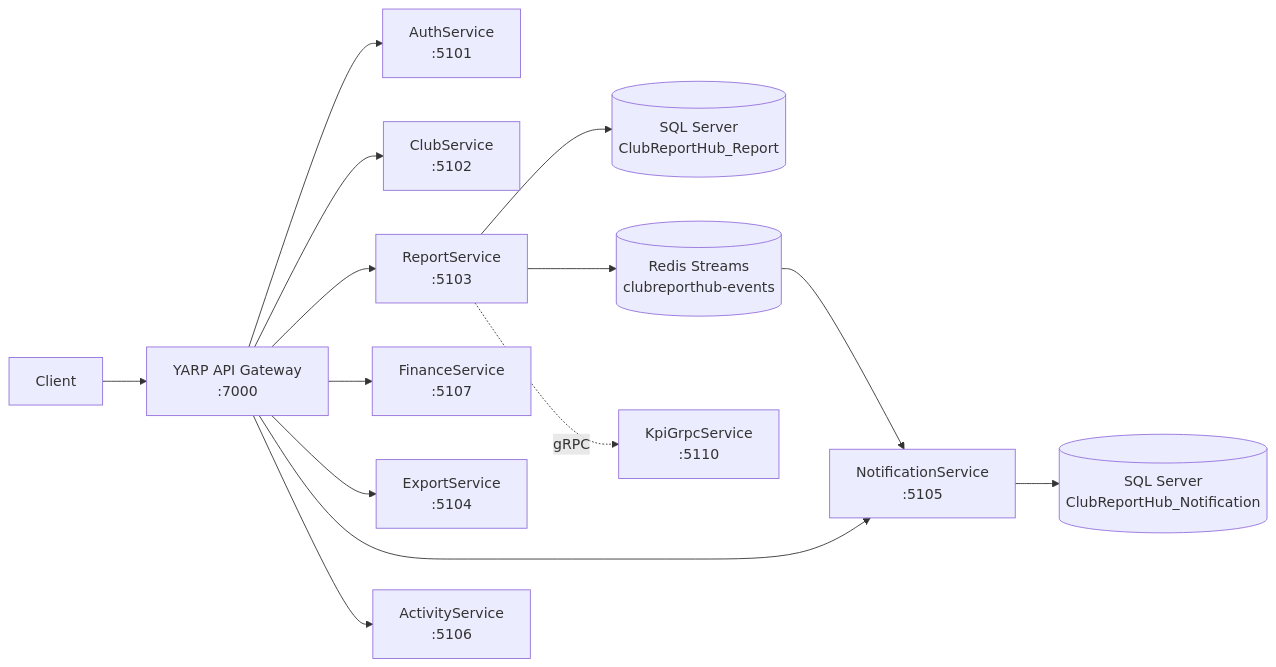
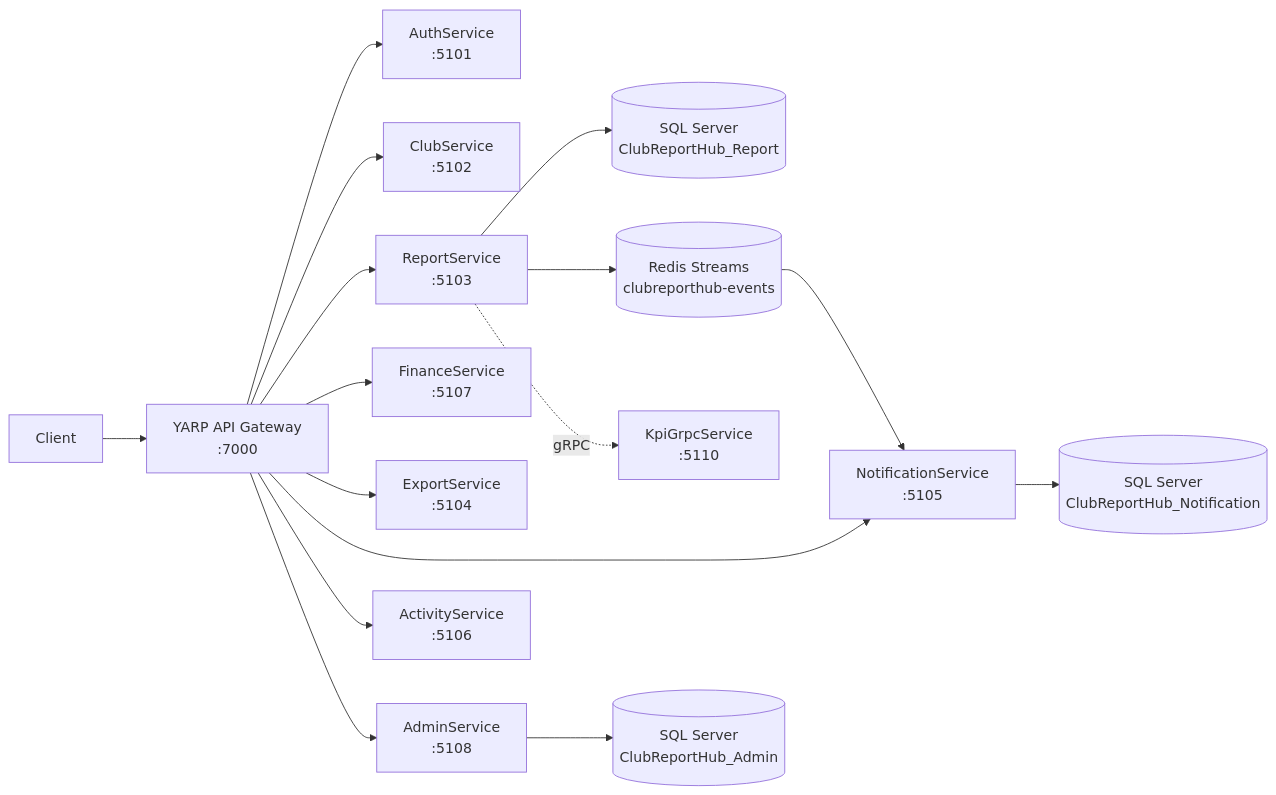
The diagram in README.md (FPTU-Xperience/fptu-xperience-clubhub-api), drawn with Mermaid before and after one commit. The commit also changed other lines of this file and 46 other files, not shown here.

Commit message:
feat(admin-service): integrate ADM-API-01 into main backend

````diff
--- a/README.md
+++ b/README.md
@@ -21,18 +21,20 @@
 ```mermaid
 graph LR
     Client --> Gateway[YARP API Gateway<br/>:7000]
     Gateway --> Auth[AuthService<br/>:5101]
     Gateway --> Club[ClubService<br/>:5102]
     Gateway --> Report[ReportService<br/>:5103]
     Gateway --> Finance[FinanceService<br/>:5107]
     Gateway --> Export[ExportService<br/>:5104]
     Gateway --> Notify[NotificationService<br/>:5105]
     Gateway --> Activity[ActivityService<br/>:5106]
+    Gateway --> Admin[AdminService<br/>:5108]
 
     Report --> SQLReport[(SQL Server<br/>ClubReportHub_Report)]
     Report --> Redis[("Redis Streams<br/>clubreporthub-events")]
     Redis --> Notify
     Notify --> SQLNotify[(SQL Server<br/>ClubReportHub_Notification)]
+    Admin --> SQLAdmin[(SQL Server<br/>ClubReportHub_Admin)]
 
     Report -.gRPC.-> KpiGrpc[KpiGrpcService<br/>:5110]
 ```
````
